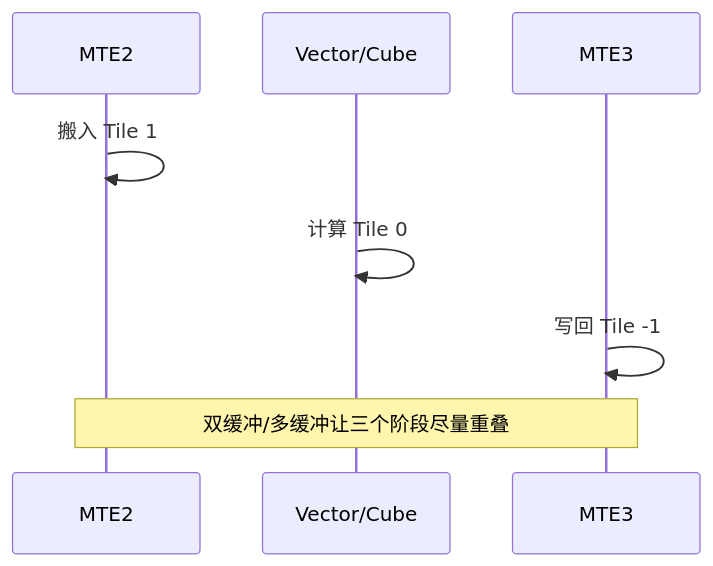
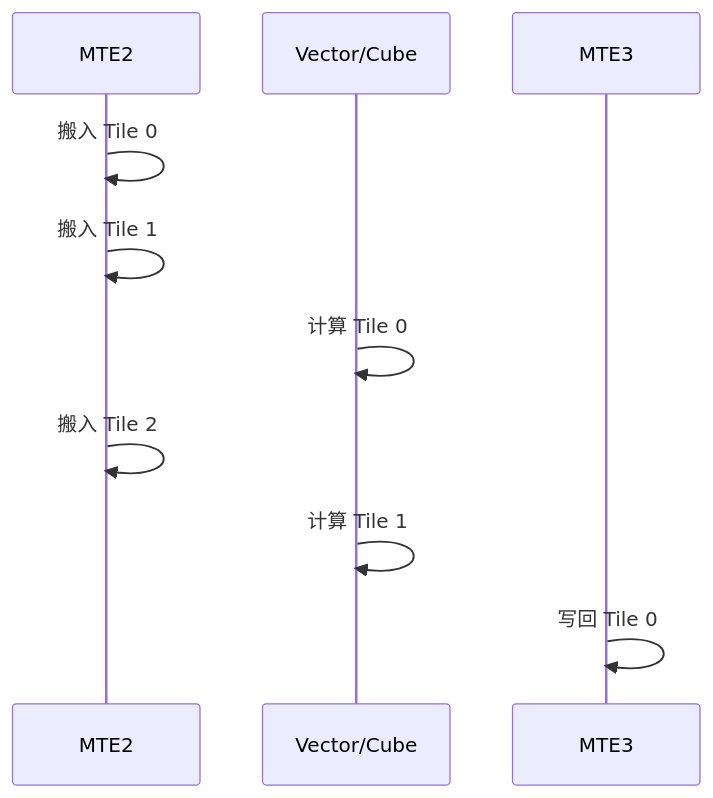
Diagram 12 of 12 in MemoryChannelDeviceHandle数据搬运分析.md (10wvw01/mscclpp), drawn with Mermaid before and after one commit. The commit also changed other lines of this file, not shown here.

````diff
--- a/MemoryChannelDeviceHandle数据搬运分析.md
+++ b/MemoryChannelDeviceHandle数据搬运分析.md
@@ -774,10 +1292,13 @@
 ```mermaid
 sequenceDiagram
     participant M2 as MTE2
     participant V as Vector/Cube
     participant M3 as MTE3
+
+    M2->>M2: 搬入 Tile 0
     M2->>M2: 搬入 Tile 1
     V->>V: 计算 Tile 0
-    M3->>M3: 写回 Tile -1
-    Note over M2,M3: 双缓冲/多缓冲让三个阶段尽量重叠
+    M2->>M2: 搬入 Tile 2
+    V->>V: 计算 Tile 1
+    M3->>M3: 写回 Tile 0
 ```
````
